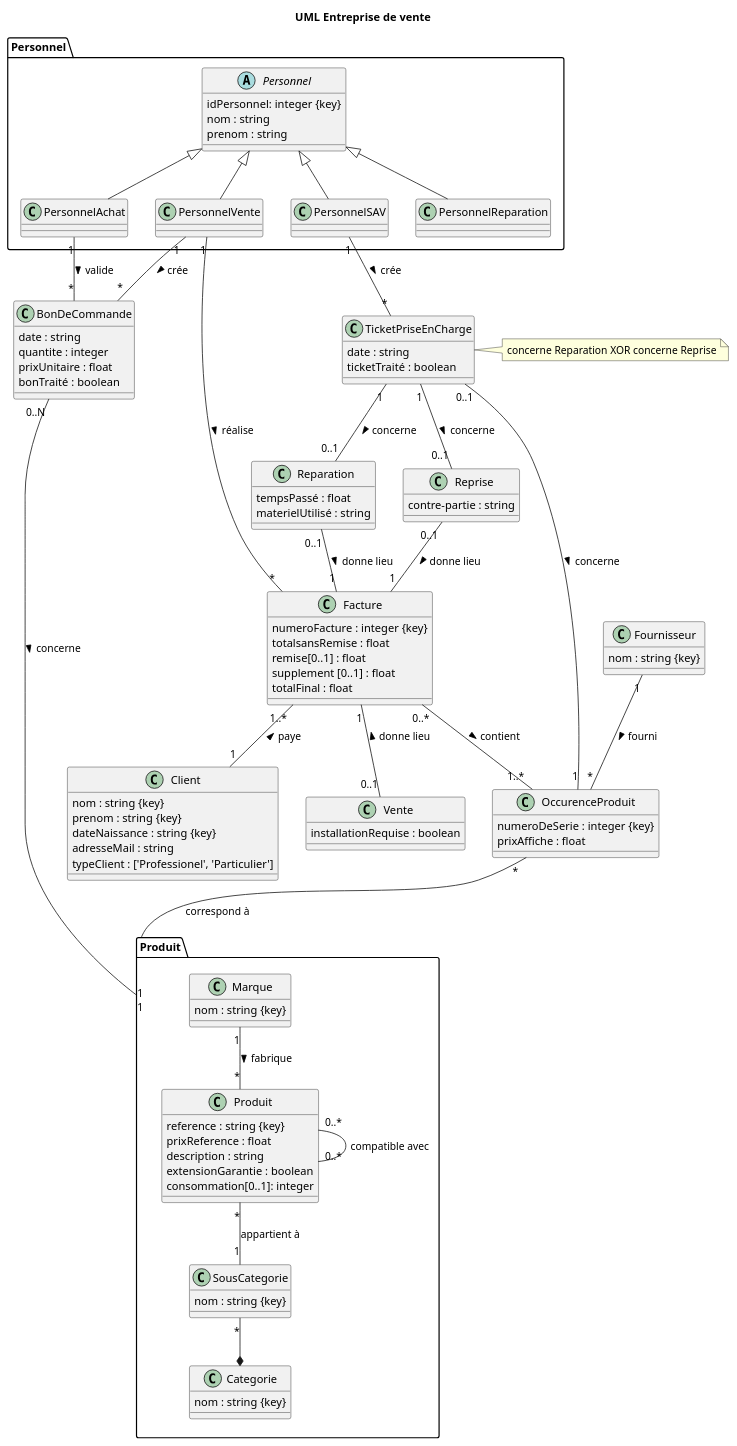
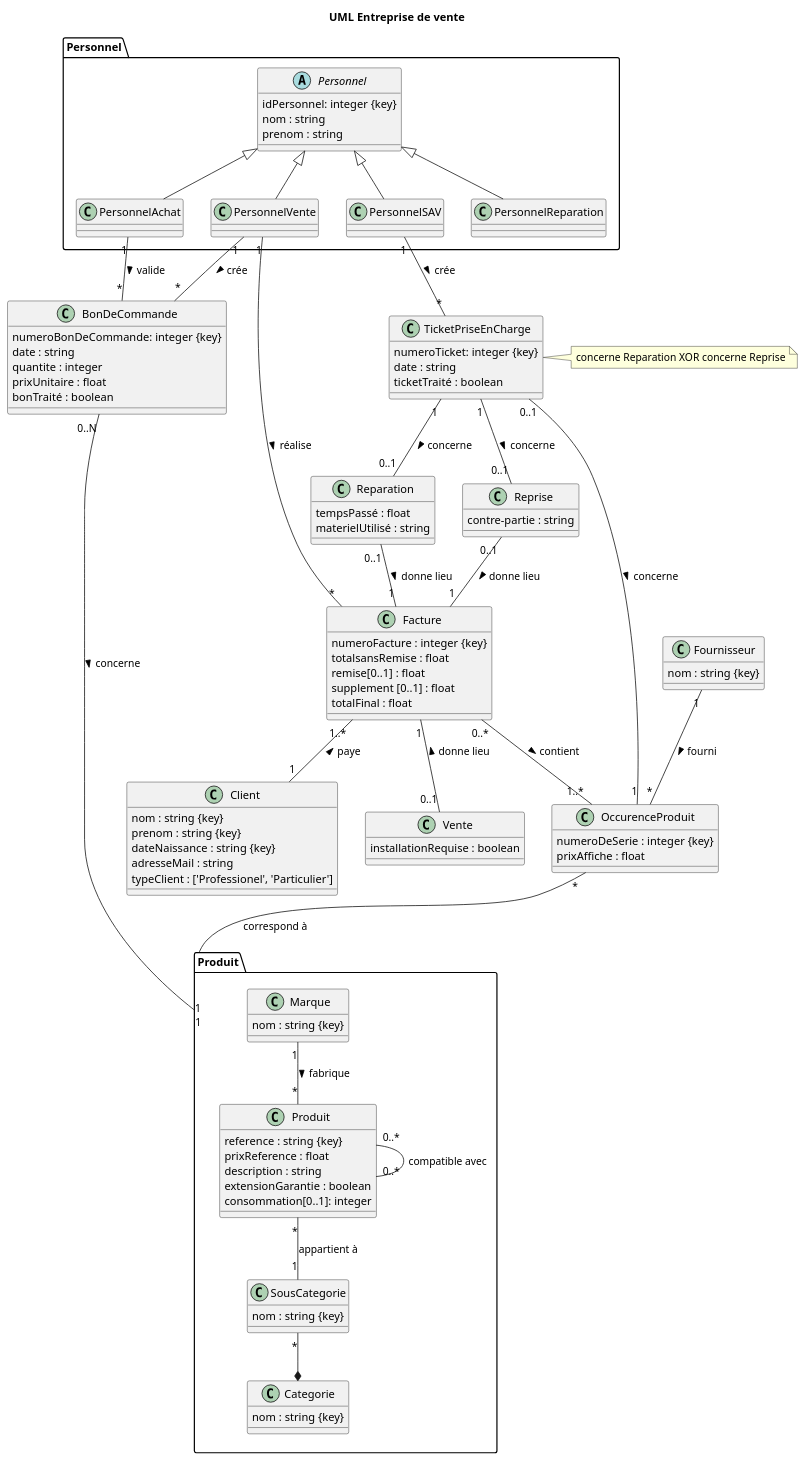
Before and after one commit to mariaidrissi/Entreprise-de-vente: the diagram in MCD.plantuml, drawn with PlantUML.

Commit message:
Ajout des clés manquantes MCD.plantuml

```diff
--- a/MCD.plantuml
+++ b/MCD.plantuml
@@ -1,138 +1,140 @@
 @startuml
 title UML Entreprise de vente
 
 package Produit {
 
 class Produit {
   reference : string {key}
   prixReference : float
   description : string
   extensionGarantie : boolean
   consommation[0..1]: integer
 }
 
 
 Produit "0..*" --  "0..*" Produit : compatible avec
 
 Marque "1" -- "*" Produit : fabrique >
 
 class Marque {
 	nom : string {key}
 }
 
 class Categorie {
 	nom : string {key}
 }
 
 class SousCategorie {
 	nom : string {key}
 }
 
 SousCategorie "*" --* Categorie
 Produit  "*" -- "1" SousCategorie : appartient à
 }
 
 
 class OccurenceProduit {
   numeroDeSerie : integer {key}
   prixAffiche : float
 }
 
 OccurenceProduit  "*" -- "1" Produit : correspond à
 
 class Fournisseur {
 	nom : string {key}
 }
 
 Fournisseur "1" -- "*" OccurenceProduit : fourni >
 
 class Facture {
   numeroFacture : integer {key}
   totalsansRemise : float 
   remise[0..1] : float
   supplement [0..1] : float
   totalFinal : float
 }
 
 
 class Client { 
   nom : string {key}
   prenom : string {key}
   dateNaissance : string {key}
   adresseMail : string
   typeClient : ['Professionel', 'Particulier']
 }
 Facture "1..*" -- "1" Client : paye <
 
 Facture "0..*" -- "1..*" OccurenceProduit : contient >
 
 
 package Personnel {
   
 abstract class Personnel {
   idPersonnel: integer {key}
   nom : string 
   prenom : string 
 }
 
 class PersonnelAchat{
 }
 
 class PersonnelVente{
 }
 
 class PersonnelSAV{
 }
 
 class PersonnelReparation{
 }
 
 Personnel <|-- PersonnelAchat
 Personnel <|-- PersonnelVente
 Personnel <|-- PersonnelReparation
 Personnel <|-- PersonnelSAV
 }
 
 PersonnelVente "1" -- "*" Facture : réalise >
 PersonnelSAV "1" -- "*" TicketPriseEnCharge : crée >
 PersonnelAchat "1" -- "*" BonDeCommande : valide >
 PersonnelVente "1" -- "*" BonDeCommande : crée >
 
 class TicketPriseEnCharge {
+  numeroTicket: integer {key}
   date : string 
   ticketTraité : boolean
 }
 TicketPriseEnCharge "0..1" -- "1" OccurenceProduit: concerne >
 
 class BonDeCommande {
+  numeroBonDeCommande: integer {key}
   date : string
   quantite : integer
   prixUnitaire : float
   bonTraité : boolean
 }
 
 BonDeCommande "0..N" -- "1" Produit: concerne >
 
 class Reparation  {
   tempsPassé : float 
   materielUtilisé : string
 }
 
 class Reprise  {
   contre-partie : string
 }
 
 
 note right of TicketPriseEnCharge
     concerne Reparation XOR concerne Reprise
 end note
 TicketPriseEnCharge "1" -- "0..1" Reparation : concerne >
 Reparation "0..1" -- "1" Facture : donne lieu >
 TicketPriseEnCharge "1" -- "0..1" Reprise : concerne >
 Reprise "0..1" -- "1" Facture : donne lieu >
 
 Facture "1" -- "0..1" Vente : donne lieu <
 class Vente  {
   installationRequise : boolean 
 }
 @enduml
```
